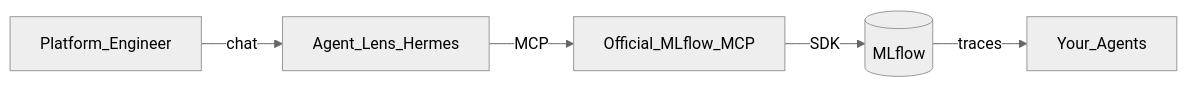
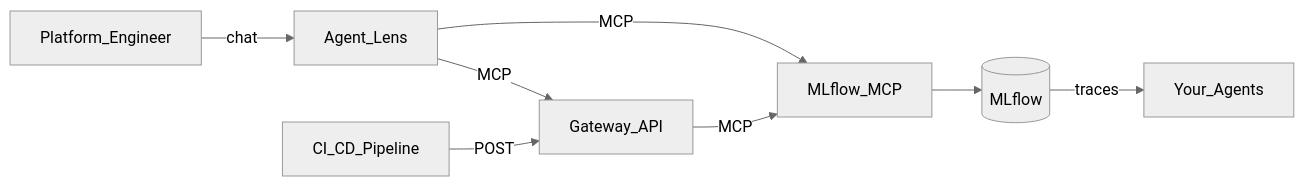
The diagram in README.md (rrbanda/agent-lens), drawn with Mermaid before and after one commit. The commit also changed other lines of this file and 35 other files, not shown here.

````diff
--- a/README.md
+++ b/README.md
@@ -90,8 +202,11 @@
 ```mermaid
 %%{init: {'theme': 'neutral'}}%%
 graph LR
-    User[Platform_Engineer] -->|chat| AL[Agent_Lens_Hermes]
-    AL -->|MCP| MCP[Official_MLflow_MCP]
-    MCP -->|SDK| MLflow[(MLflow)]
+    User[Platform_Engineer] -->|chat| AL[Agent_Lens]
+    CICD[CI_CD_Pipeline] -->|POST| GW[Gateway_API]
+    AL -->|MCP| MCP[MLflow_MCP]
+    AL -->|MCP| GW
+    GW -->|MCP| MCP
+    MCP --> MLflow[(MLflow)]
     MLflow -->|traces| Agents[Your_Agents]
 ```
````
